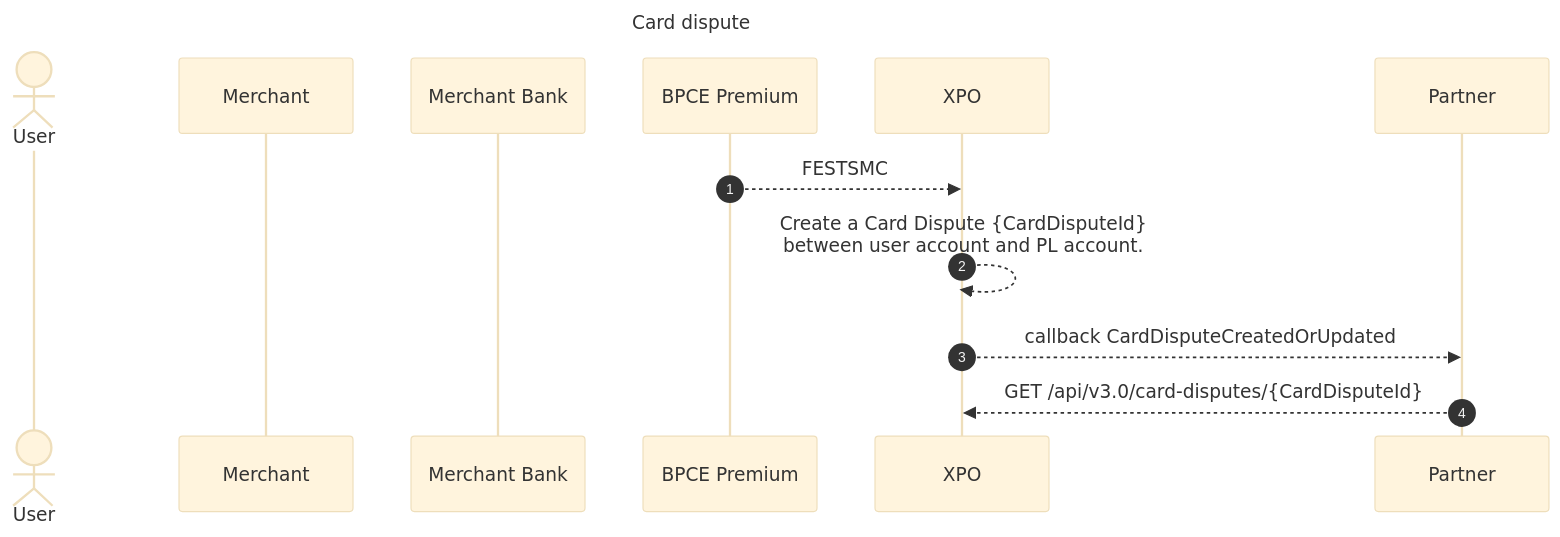
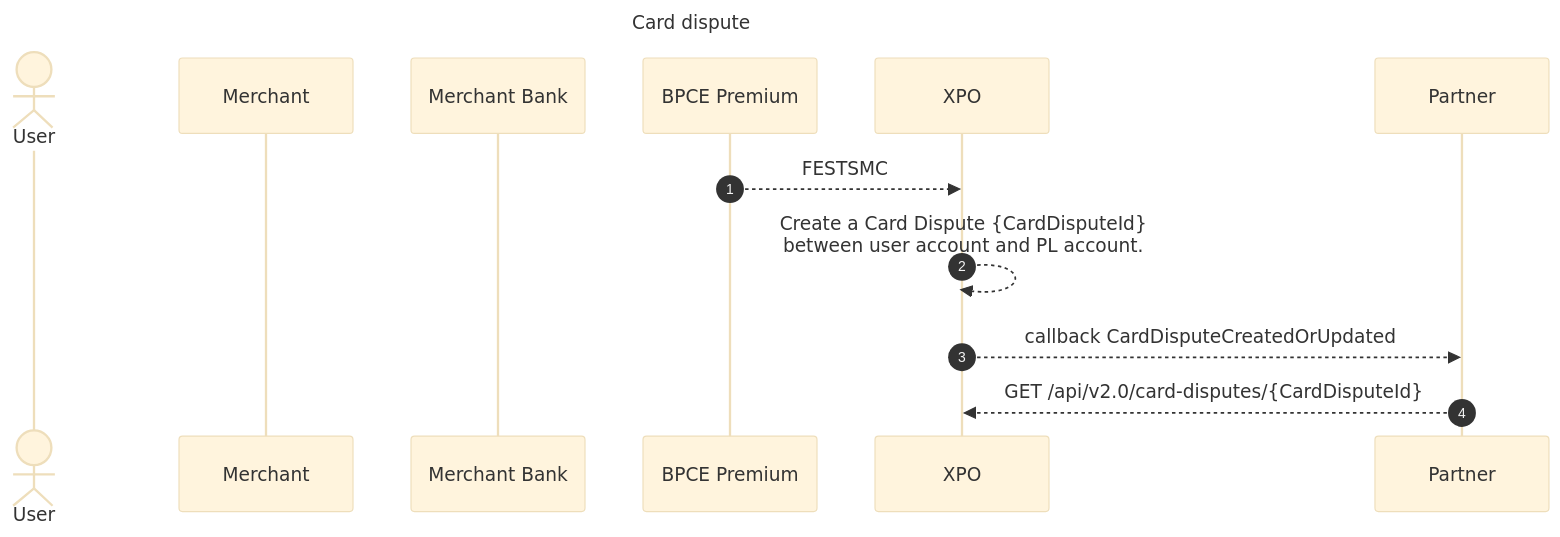
The second of 3 diagrams in docs/usecases/cards/operations/card_dispute.md (pomme-clic/s-money-documentation), drawn with Mermaid (base theme) before and after one commit.

Commit message:
Corriger endpoint card dispute
Noté 3.0 au lieu de 2.0

````diff
--- a/docs/usecases/cards/operations/card_dispute.md
+++ b/docs/usecases/cards/operations/card_dispute.md
@@ -82,20 +82,20 @@
 ```mermaid
 sequenceDiagram
 Title: Card dispute
 autoNumber
 Actor User
 Participant Merchant
 Participant Merchant Bank
 Participant BPCE Premium
 Participant XPO
 Participant Partner
 
 
 BPCE Premium -->> XPO: FESTSMC
 XPO -->> XPO: Create a Card Dispute {CardDisputeId} <br/> between user account and PL account.
 
 XPO -->> Partner: callback CardDisputeCreatedOrUpdated
 
-Partner -->> XPO: GET /api/v3.0/card-disputes/{CardDisputeId}
+Partner -->> XPO: GET /api/v2.0/card-disputes/{CardDisputeId}
 
 ```
````
